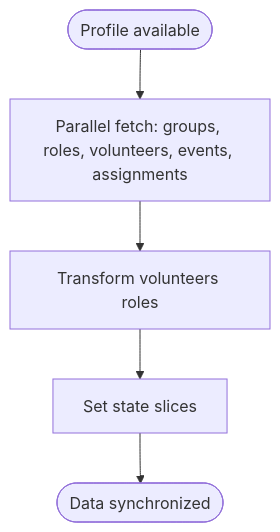
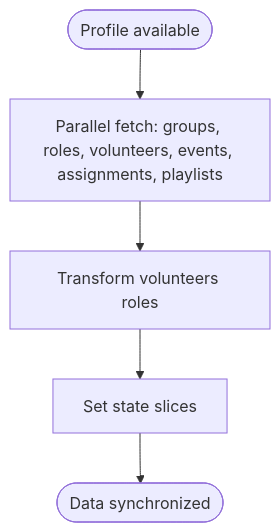
Before and after one commit to netdaniel/serveflow: the fifth of 12 diagrams in .qoder/repowiki/en/content/State Management System/Store Provider Architecture.md, drawn with Mermaid. The commit also changed other lines of this file and 12 other files, not shown here.

````diff
--- a/.qoder/repowiki/en/content/State Management System/Store Provider Architecture.md
+++ b/.qoder/repowiki/en/content/State Management System/Store Provider Architecture.md
@@ -222,7 +283,7 @@
 ```mermaid
 flowchart TD
-Start(["Profile available"]) --> ParallelFetch["Parallel fetch: groups, roles, volunteers, events, assignments"]
+Start(["Profile available"]) --> ParallelFetch["Parallel fetch: groups, roles, volunteers, events, assignments, playlists"]
 ParallelFetch --> TransformVolunteers["Transform volunteers roles"]
 TransformVolunteers --> SetState["Set state slices"]
 SetState --> Done(["Data synchronized"])
 ```
````
